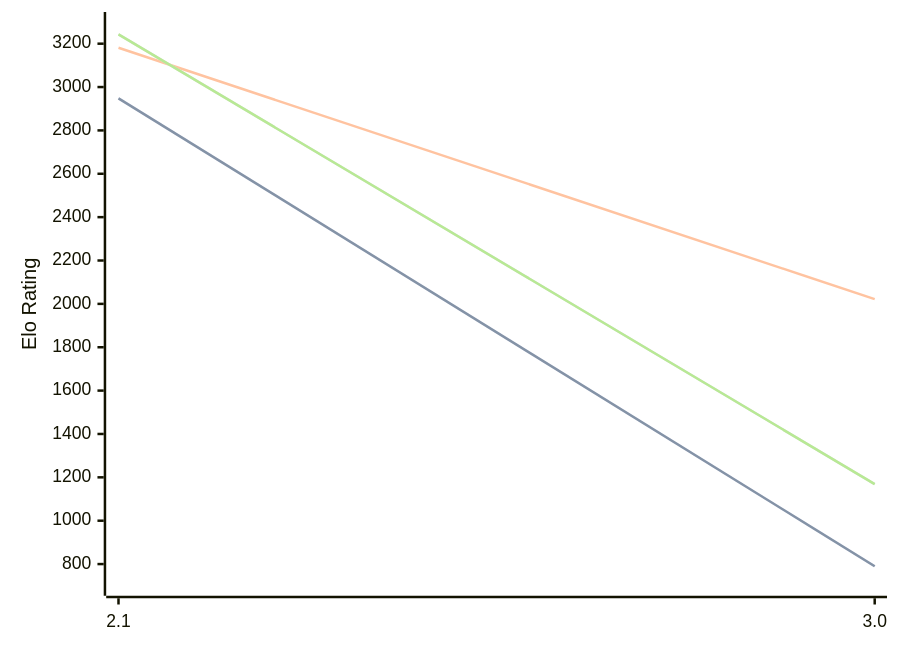
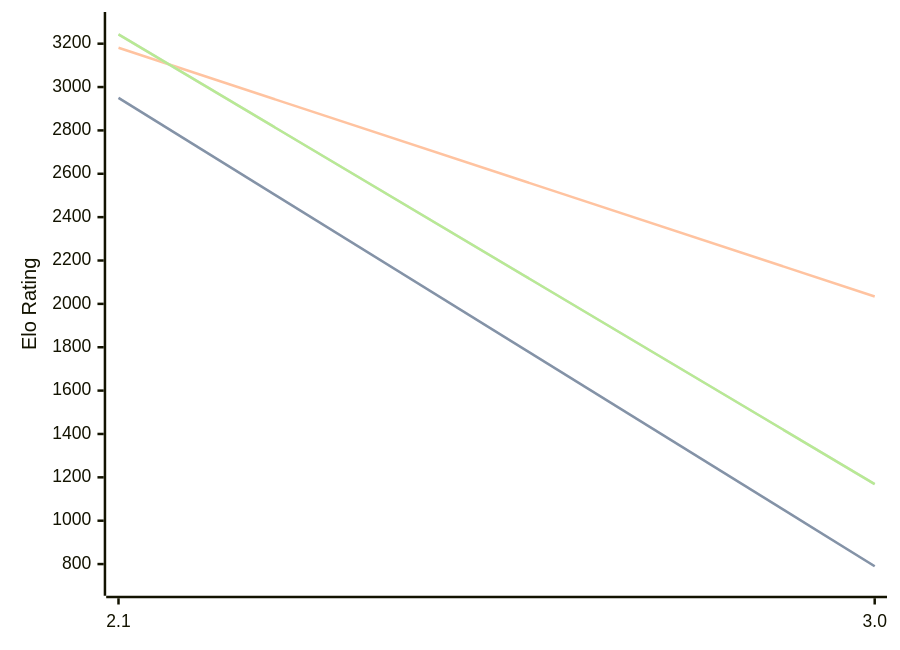
One commit to computer-chess-index/cci changed the third of 3 diagrams in engines/Quirky.md. Above: the diagram before and after it, drawn with Mermaid. The commit also changed other lines of this file, not shown here.

````diff
--- a/engines/Quirky.md
+++ b/engines/Quirky.md
@@ -67,11 +67,11 @@
 ```mermaid
 %%{init: {"theme":"base","themeVariables":{"seriesColors:['#a3a3a3','#222221','#faa371']}}}%%
 xychart-beta
   x-axis ["2.1", "3.0"]
   y-axis "Elo Rating" 700 --> 3300
-  line "STC (8.0+0.08s)" [2948, 790]
-  line "STC (8.0+0.08s)" [2948, 790]
-  line "LTC (60.0+0.60s)" [3181, 2022]
+  line "STC (8.0+0.08s)" [2950, 790]
+  line "STC (8.0+0.08s)" [2950, 790]
+  line "LTC (60.0+0.60s)" [3181, 2034]
   line "VLTC (2m24s+1.12s)" [3243, 1169]
   line "VLTC (2m24s+1.12s)" [3243, 1169]
 ```
````
